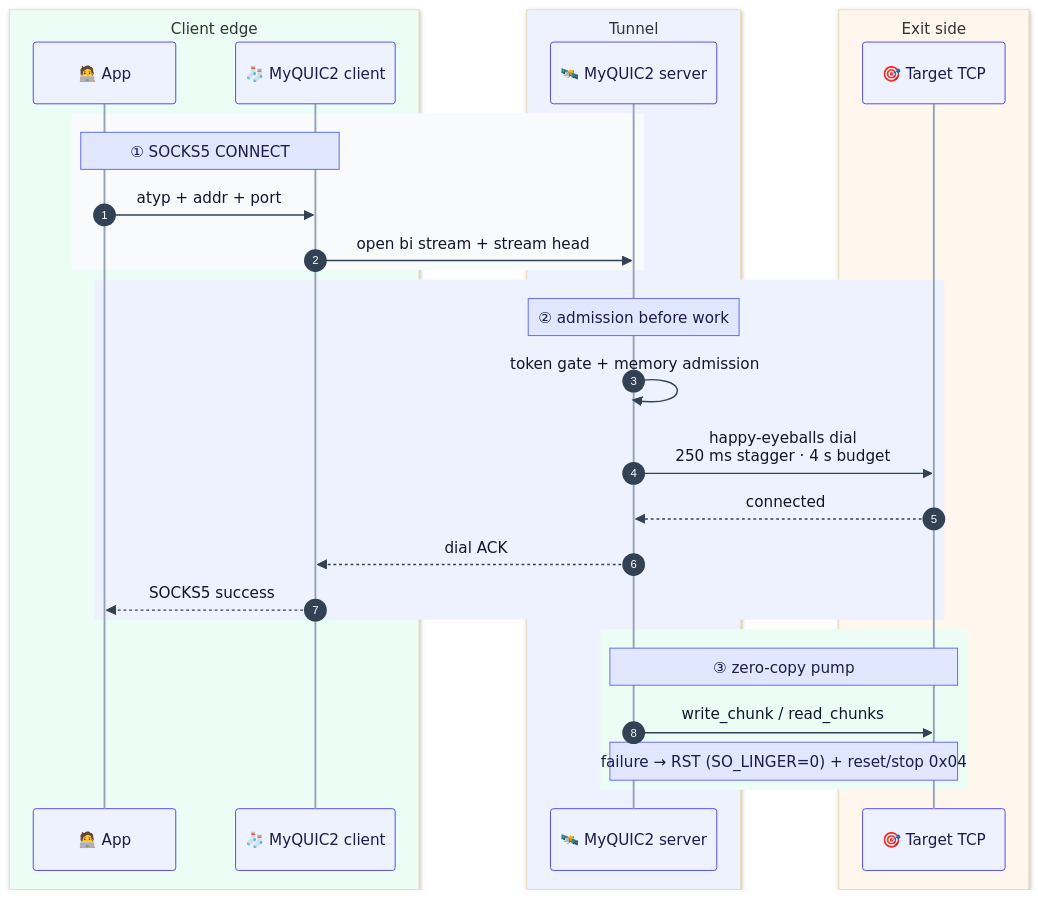
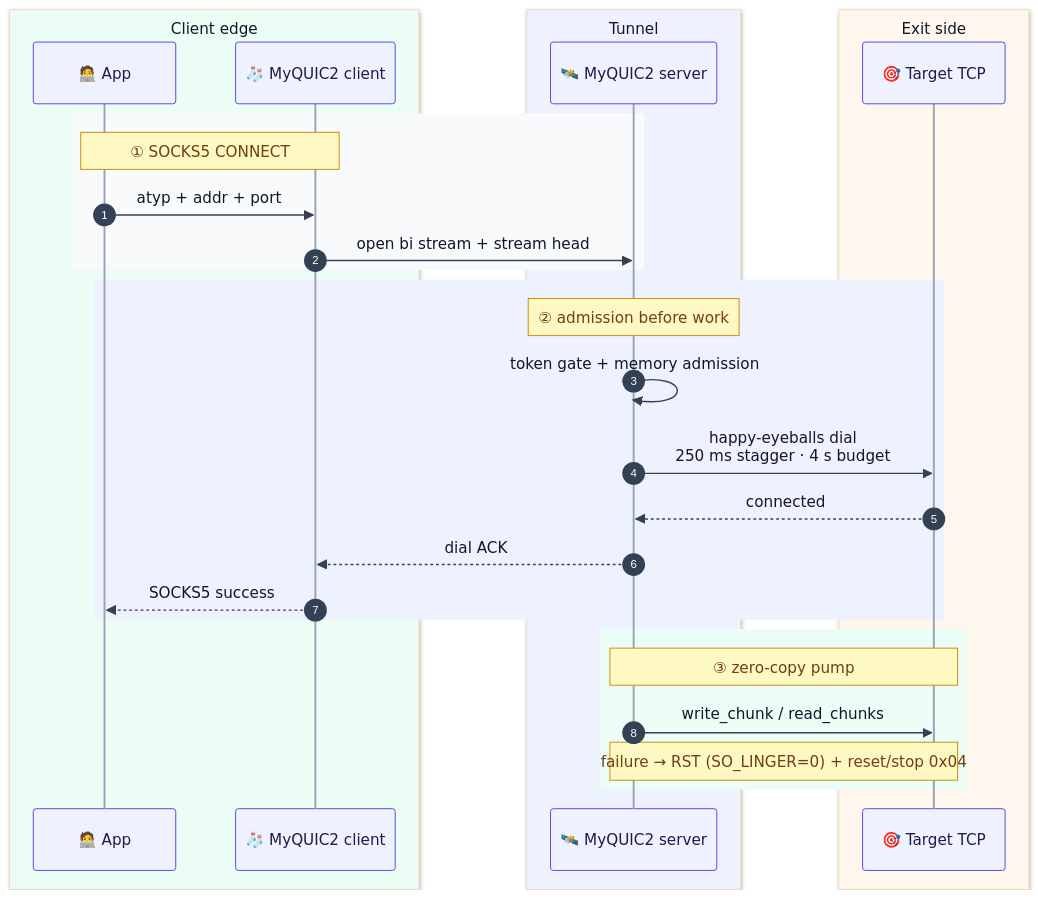
Before and after one commit to Terutoki/MyQUIC2: diagram 13 of 31 in README.md, drawn with Mermaid. The commit also changed other lines of this file and 14 other files, not shown here.

First line of the commit message:
docs(readme): remove static art and redraw Mermaid atlas

````diff
--- a/README.md
+++ b/README.md
@@ -1388,33 +1408,35 @@
 ```mermaid
-%%{init: {"theme":"base","themeVariables":{"fontSize":"14px","actorBkg":"#eef2ff","actorBorder":"#4f46e5","actorTextColor":"#1e1b4b","actorLineColor":"#94a3b8","signalColor":"#334155","signalTextColor":"#0f172a","labelBoxBkgColor":"#e0e7ff","labelBoxBorderColor":"#6366f1","labelTextColor":"#1e1b4b","loopTextColor":"#1e1b4b","noteBkgColor":"#e0e7ff","noteBorderColor":"#6366f1","noteTextColor":"#1e1b4b","activationBkgColor":"#c7d2fe","activationBorderColor":"#4f46e5","sequenceNumberBackgroundColor":"#4f46e5","sequenceNumberColor":"#ffffff"}}}%%
+%%{init: {"theme":"base","themeVariables":{"fontSize":"14px","lineColor":"#94a3b8","textColor":"#0f172a","actorBkg":"#eef2ff","actorBorder":"#4f46e5","actorTextColor":"#1e1b4b","actorLineColor":"#94a3b8","signalColor":"#334155","signalTextColor":"#0f172a","labelBoxBkgColor":"#e0e7ff","labelBoxBorderColor":"#6366f1","labelTextColor":"#1e1b4b","loopTextColor":"#1e1b4b","noteBkgColor":"#fef9c3","noteBorderColor":"#ca8a04","noteTextColor":"#713f12","activationBkgColor":"#c7d2fe","activationBorderColor":"#4f46e5","sequenceNumberBackgroundColor":"#4f46e5","sequenceNumberColor":"#ffffff"}}}%%
 sequenceDiagram
+    accTitle: TCP relay path
+    accDescr: The server admits the connection, dials the target with happy eyeballs, and then pumps bytes with zero-copy chunks.
     autonumber
-        box rgb(236, 253, 245) Client edge
-            participant App as 🧑‍💻 App
-            participant Client as 🧦 MyQUIC2 client
-        end
-        box rgb(238, 242, 255) Tunnel
-            participant Server as 🛰️ MyQUIC2 server
-        end
-        box rgb(255, 247, 237) Exit side
-            participant Target as 🎯 Target TCP
-        end
-        rect rgb(248, 250, 252)
-            Note over App,Client: ① SOCKS5 CONNECT
-            App->>Client: atyp + addr + port
-            Client->>Server: open bi stream + stream head
-        end
-        rect rgb(238, 242, 255)
-            Note over Server: ② admission before work
-            Server->>Server: token gate + memory admission
-            Server->>Target: happy-eyeballs dial<br/>250 ms stagger · 4 s budget
-            Target-->>Server: connected
-            Server-->>Client: dial ACK
-            Client-->>App: SOCKS5 success
-        end
-        rect rgb(236, 253, 245)
-            Note over Server,Target: ③ zero-copy pump
-            Server->>Target: write_chunk / read_chunks
-            Note over Server,Target: failure → RST (SO_LINGER=0) + reset/stop 0x04
-        end
+    box rgb(236, 253, 245) Client edge
+        participant App as 🧑‍💻 App
+        participant Client as 🧦 MyQUIC2 client
+    end
+    box rgb(238, 242, 255) Tunnel
+        participant Server as 🛰️ MyQUIC2 server
+    end
+    box rgb(255, 247, 237) Exit side
+        participant Target as 🎯 Target TCP
+    end
+    rect rgb(248, 250, 252)
+        Note over App,Client: ① SOCKS5 CONNECT
+        App->>Client: atyp + addr + port
+        Client->>Server: open bi stream + stream head
+    end
+    rect rgb(238, 242, 255)
+        Note over Server: ② admission before work
+        Server->>Server: token gate + memory admission
+        Server->>Target: happy-eyeballs dial<br/>250 ms stagger · 4 s budget
+        Target-->>Server: connected
+        Server-->>Client: dial ACK
+        Client-->>App: SOCKS5 success
+    end
+    rect rgb(236, 253, 245)
+        Note over Server,Target: ③ zero-copy pump
+        Server->>Target: write_chunk / read_chunks
+        Note over Server,Target: failure → RST (SO_LINGER=0) + reset/stop 0x04
+    end
 ```
````
